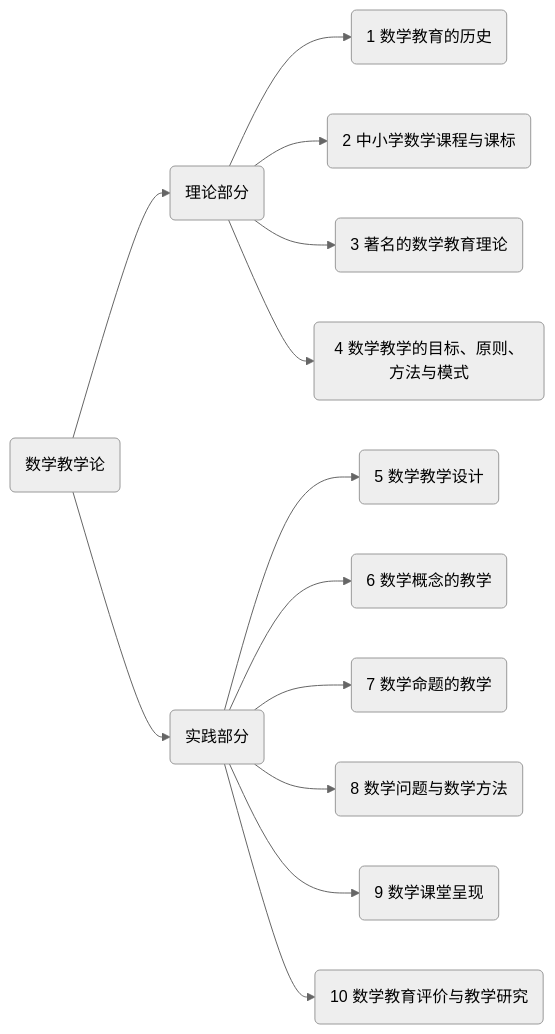
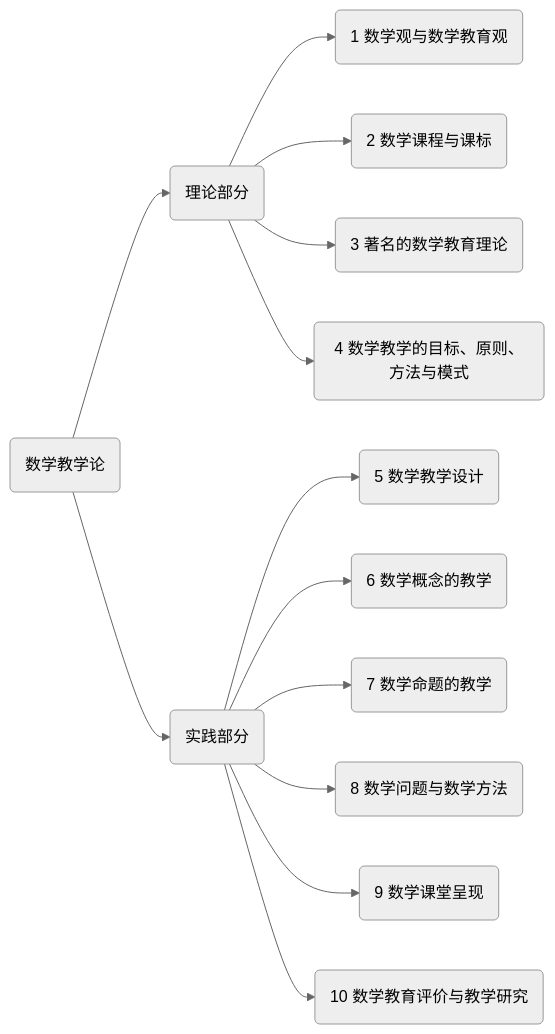
One commit to SongNingSDUT/SongNingSDUT.github.io changed the diagram in html/lecture/mathTeacher/jiangyi/01.md. Above: the diagram before and after it, drawn with Mermaid (neutral theme). The commit also changed other lines of this file and 18 other files, not shown here.

````diff
--- a/html/lecture/mathTeacher/jiangyi/01.md
+++ b/html/lecture/mathTeacher/jiangyi/01.md
@@ -134,15 +147,15 @@
 ```mermaid
 graph LR;
 A("数学教学论")-->B1("理论部分")
 A-->B2("实践部分")
-B1-->C1("1 数学教育的历史")
-B1-->C2("2 中小学数学课程与课标")
+B1-->C1("1 数学观与数学教育观")
+B1-->C2("2 数学课程与课标")
 B1-->C3("3 著名的数学教育理论")
 B1-->C4("4 数学教学的目标、原则、方法与模式")
 B2-->C5("5 数学教学设计")
 B2-->C6("6 数学概念的教学")
 B2-->C7("7 数学命题的教学")
 B2-->C8("8 数学问题与数学方法")
 B2-->C9("9 数学课堂呈现")
 B2-->C10("10 数学教育评价与教学研究")
 ```
````
